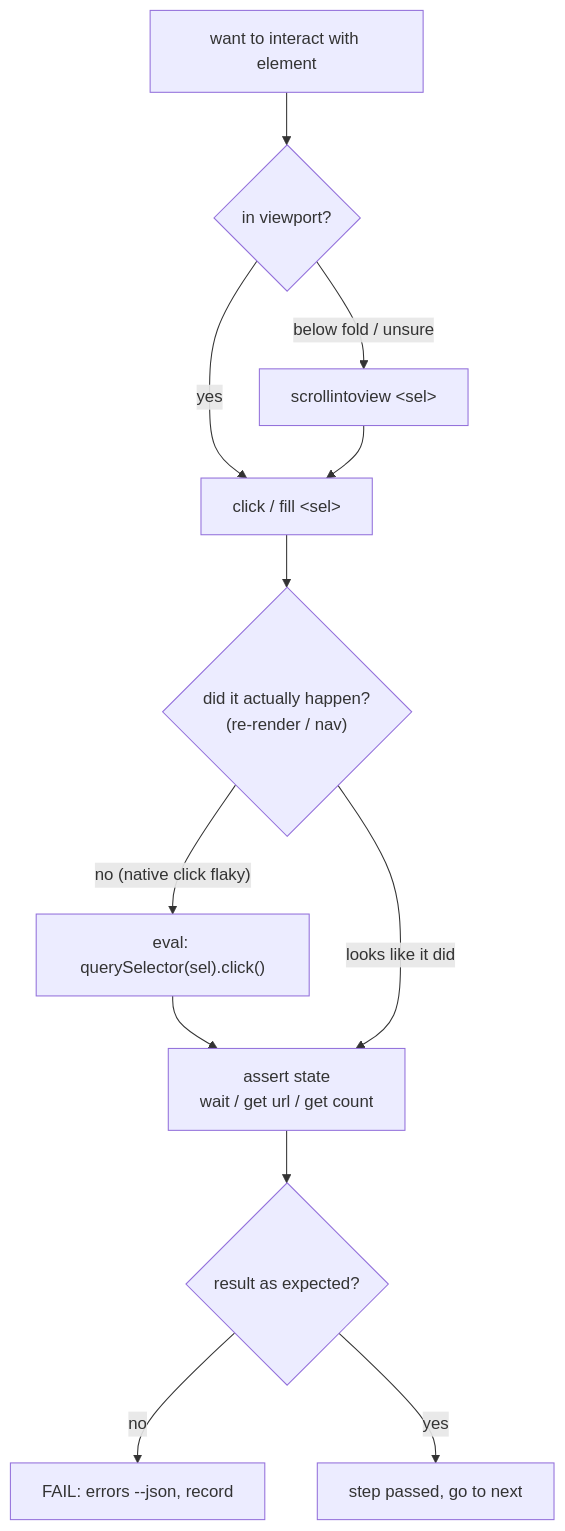
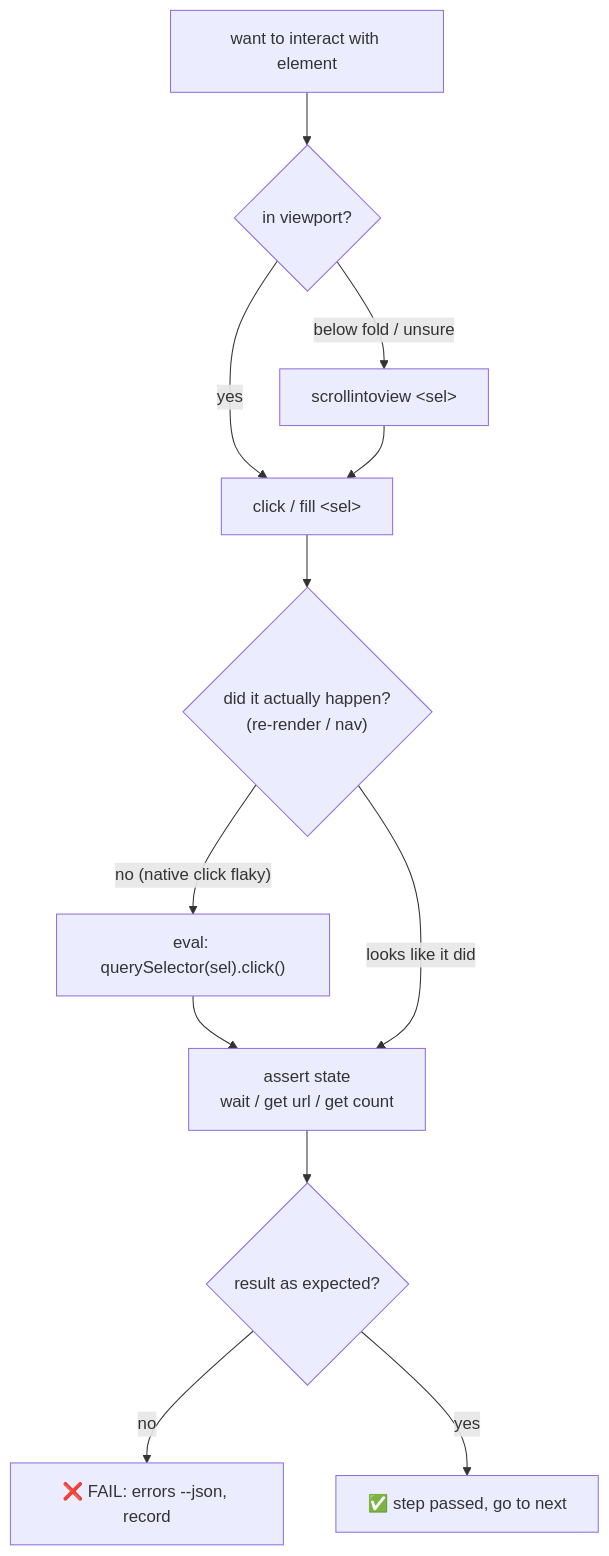
Before and after one commit to wichtking/agent-browser-qa: the second of 5 diagrams in docs/ARCHITECTURE.md, drawn with Mermaid. The commit also changed other lines of this file and 1 other file, not shown here.

Commit message:
docs: restore semantic status emoji (not decoration)
Bring back the marker emoji where they encode meaning: pass/fail nodes in the
golden-rule flowchart, the red/green highlight-ring spots, the in-browser vs.
code-only split, and the boundary callout. Prose stays plain; no per-bullet
decoration.

````diff
--- a/docs/ARCHITECTURE.md
+++ b/docs/ARCHITECTURE.md
@@ -51,14 +51,14 @@
 ```mermaid
 flowchart TD
     a["want to interact with element"] --> b{"in viewport?"}
     b -->|"below fold / unsure"| c["scrollintoview &lt;sel&gt;"]
     b -->|yes| d["click / fill &lt;sel&gt;"]
     c --> d
     d --> e{"did it actually happen?<br/>(re-render / nav)"}
     e -->|"no (native click flaky)"| f["eval: querySelector(sel).click()"]
     f --> g
     e -->|"looks like it did"| g["assert state<br/>wait / get url / get count"]
     g --> h{"result as expected?"}
-    h -->|no| x["FAIL: errors --json, record"]
-    h -->|yes| ok["step passed, go to next"]
+    h -->|no| x["❌ FAIL: errors --json, record"]
+    h -->|yes| ok["✅ step passed, go to next"]
 ```
````
